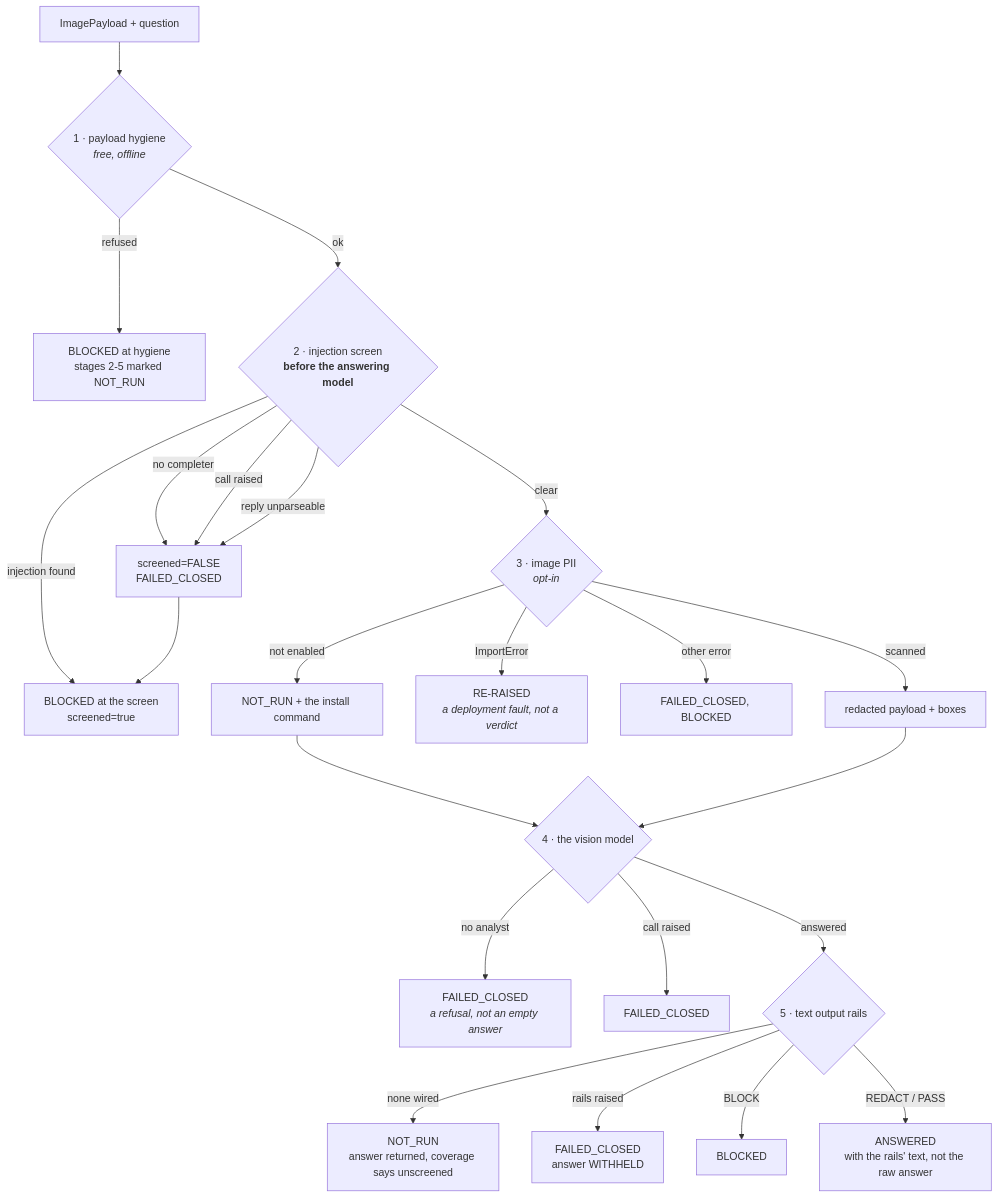
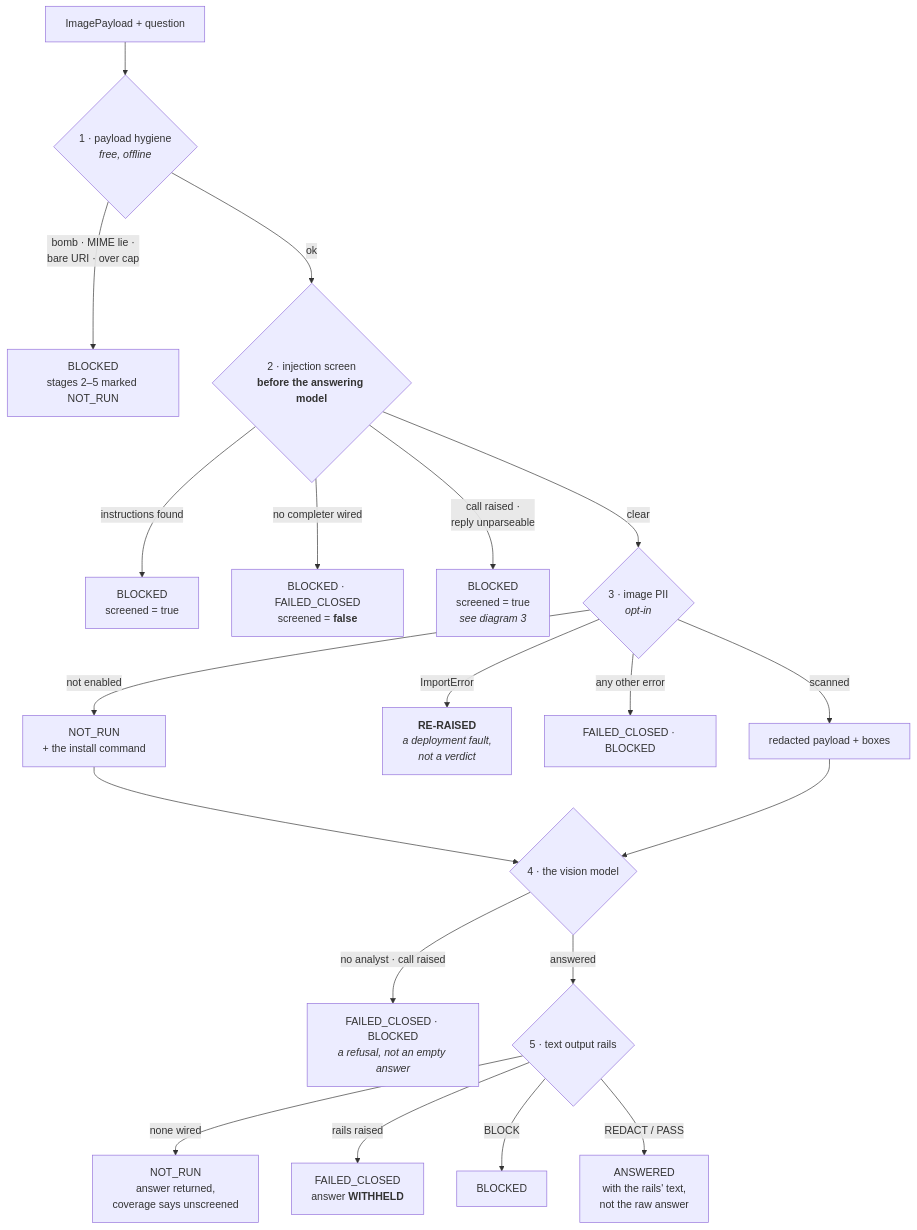
The first of 5 diagrams in docs/teaching/vision/40-diagrams.md (yrevash/aegis), drawn with Mermaid before and after one commit. The commit also changed other lines of this file and 111 other files, not shown here.

````diff
--- a/docs/teaching/vision/40-diagrams.md
+++ b/docs/teaching/vision/40-diagrams.md
@@ -34,31 +16,26 @@
 ```mermaid
 flowchart TB
     P["ImagePayload + question"] --> H{"1 · payload hygiene<br/><i>free, offline</i>"}
-    H -->|refused| B1["BLOCKED at hygiene<br/>stages 2-5 marked NOT_RUN"]
+    H -->|"bomb · MIME lie ·<br/>bare URI · over cap"| B1["BLOCKED<br/>stages 2–5 marked NOT_RUN"]
 
     H -->|ok| S{"2 · injection screen<br/><b>before the answering model</b>"}
-    S -->|"no completer"| FC["screened=FALSE<br/>FAILED_CLOSED"]
-    S -->|"call raised"| FC
-    S -->|"reply unparseable"| FC
-    S -->|"injection found"| B2["BLOCKED at the screen<br/>screened=true"]
-    FC --> B2
+    S -->|"instructions found"| B2["BLOCKED<br/>screened = true"]
+    S -->|"no completer wired"| B3["BLOCKED · FAILED_CLOSED<br/>screened = <b>false</b>"]
+    S -->|"call raised ·<br/>reply unparseable"| B4["BLOCKED<br/>screened = true<br/><i>see diagram 3</i>"]
 
     S -->|clear| PII{"3 · image PII<br/><i>opt-in</i>"}
-    PII -->|"not enabled"| NR["NOT_RUN + the install command"]
-    PII -->|"ImportError"| RAISE["RE-RAISED<br/><i>a deployment fault, not a verdict</i>"]
-    PII -->|"other error"| B3["FAILED_CLOSED, BLOCKED"]
+    PII -->|"not enabled"| NR["NOT_RUN<br/>+ the install command"]
+    PII -->|"ImportError"| RAISE["<b>RE-RAISED</b><br/><i>a deployment fault,<br/>not a verdict</i>"]
+    PII -->|"any other error"| B5["FAILED_CLOSED · BLOCKED"]
     PII -->|"scanned"| RED["redacted payload + boxes"]
 
-    NR --> M
+    NR --> M{"4 · the vision model"}
     RED --> M
-
-    M{"4 · the vision model"}
-    M -->|"no analyst"| B4["FAILED_CLOSED<br/><i>a refusal, not an empty answer</i>"]
-    M -->|"call raised"| B5["FAILED_CLOSED"]
+    M -->|"no analyst · call raised"| B6["FAILED_CLOSED · BLOCKED<br/><i>a refusal, not an empty answer</i>"]
     M -->|answered| OR{"5 · text output rails"}
 
-    OR -->|"none wired"| NR2["NOT_RUN<br/>answer returned, coverage says unscreened"]
-    OR -->|"rails raised"| B6["FAILED_CLOSED<br/>answer WITHHELD"]
-    OR -->|BLOCK| B7["BLOCKED"]
-    OR -->|"REDACT / PASS"| ANS["ANSWERED<br/>with the rails' text, not the raw answer"]
+    OR -->|"none wired"| NR2["NOT_RUN<br/>answer returned,<br/>coverage says unscreened"]
+    OR -->|"rails raised"| B7["FAILED_CLOSED<br/>answer <b>WITHHELD</b>"]
+    OR -->|BLOCK| B8["BLOCKED"]
+    OR -->|"REDACT / PASS"| ANS["ANSWERED<br/>with the rails' text,<br/>not the raw answer"]
 ```
````
